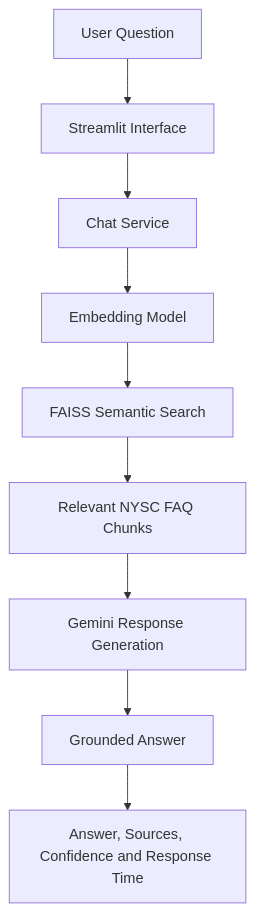
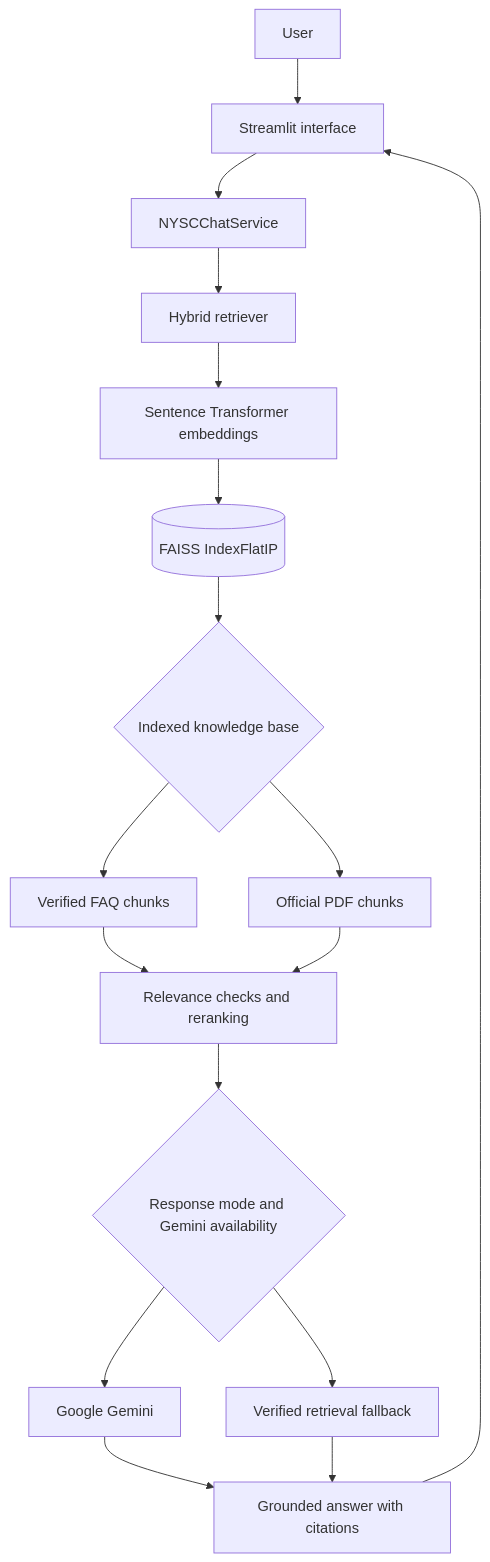
Before and after one commit to AnalyticPalmer/nysc-faq-chatbot: the first of 2 diagrams in README.md, drawn with Mermaid. The commit also changed other lines of this file, not shown here.

````diff
--- a/README.md
+++ b/README.md
@@ -83,11 +91,19 @@
 ```mermaid
 flowchart TD
-    A[User Question] --> B[Streamlit Interface]
-    B --> C[Chat Service]
-    C --> D[Embedding Model]
-    D --> E[FAISS Semantic Search]
-    E --> F[Relevant NYSC FAQ Chunks]
-    F --> G[Gemini Response Generation]
-    G --> H[Grounded Answer]
-    H --> I[Answer, Sources, Confidence and Response Time]
+    U[User] --> UI[Streamlit interface]
+    UI --> CS[NYSCChatService]
+    CS --> R[Hybrid retriever]
+    R --> EM[Sentence Transformer embeddings]
+    EM --> F[(FAISS IndexFlatIP)]
+    F --> KB{Indexed knowledge base}
+    KB --> FAQ[Verified FAQ chunks]
+    KB --> PDF[Official PDF chunks]
+    FAQ --> RR[Relevance checks and reranking]
+    PDF --> RR
+    RR --> MODE{Response mode and Gemini availability}
+    MODE --> G[Google Gemini]
+    MODE --> RF[Verified retrieval fallback]
+    G --> A[Grounded answer with citations]
+    RF --> A
+    A --> UI
 ```
````
